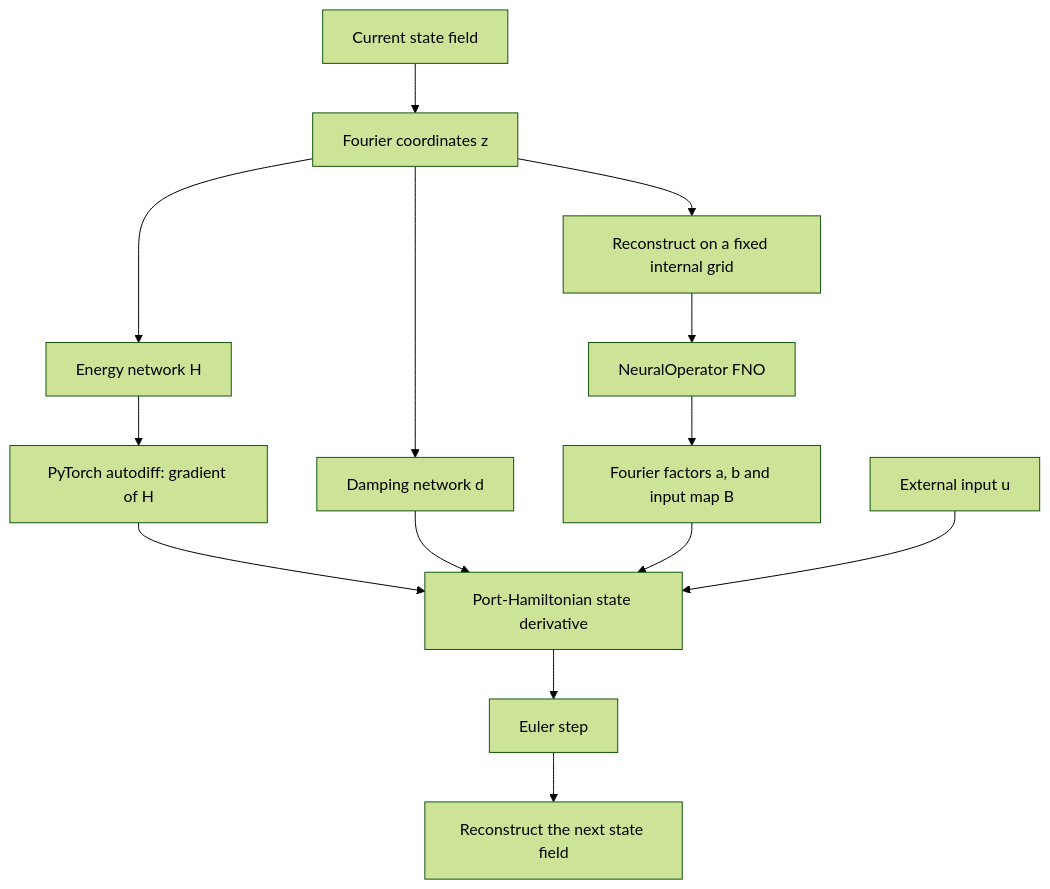
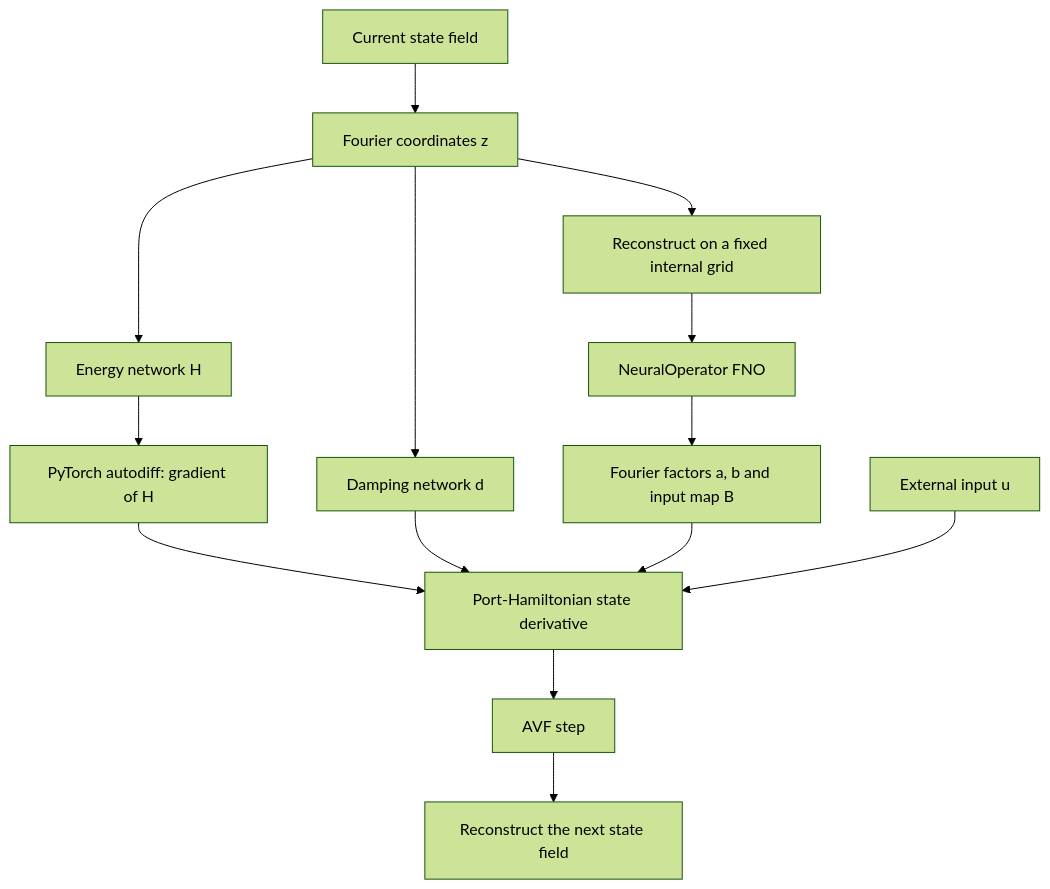
One commit to ARna06/PHFNO changed the diagram in README.md. Above: the diagram before and after it, drawn with Mermaid (forest theme). The commit also changed other lines of this file and 29 other files, not shown here.

````diff
--- a/README.md
+++ b/README.md
@@ -24,16 +30,16 @@
 ```mermaid
 flowchart TD
     field["Current state field"] --> coords["Fourier coordinates z"]
     coords --> energy["Energy network H"]
     energy --> grad["PyTorch autodiff: gradient of H"]
     coords --> damping["Damping network d"]
     coords --> grid["Reconstruct on a fixed internal grid"]
     grid --> fno["NeuralOperator FNO"]
     fno --> factors["Fourier factors a, b and input map B"]
     grad --> dynamics["Port-Hamiltonian state derivative"]
     damping --> dynamics
     factors --> dynamics
     input["External input u"] --> dynamics
-    dynamics --> step["Euler step"]
+    dynamics --> step["AVF step"]
     step --> output["Reconstruct the next state field"]
 ```
````
